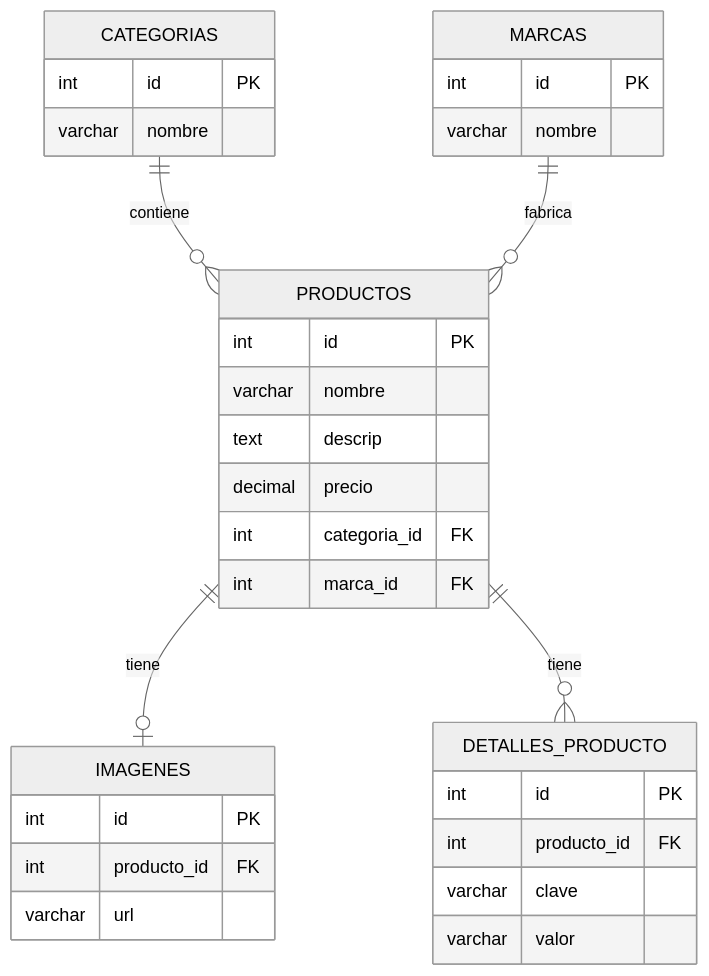
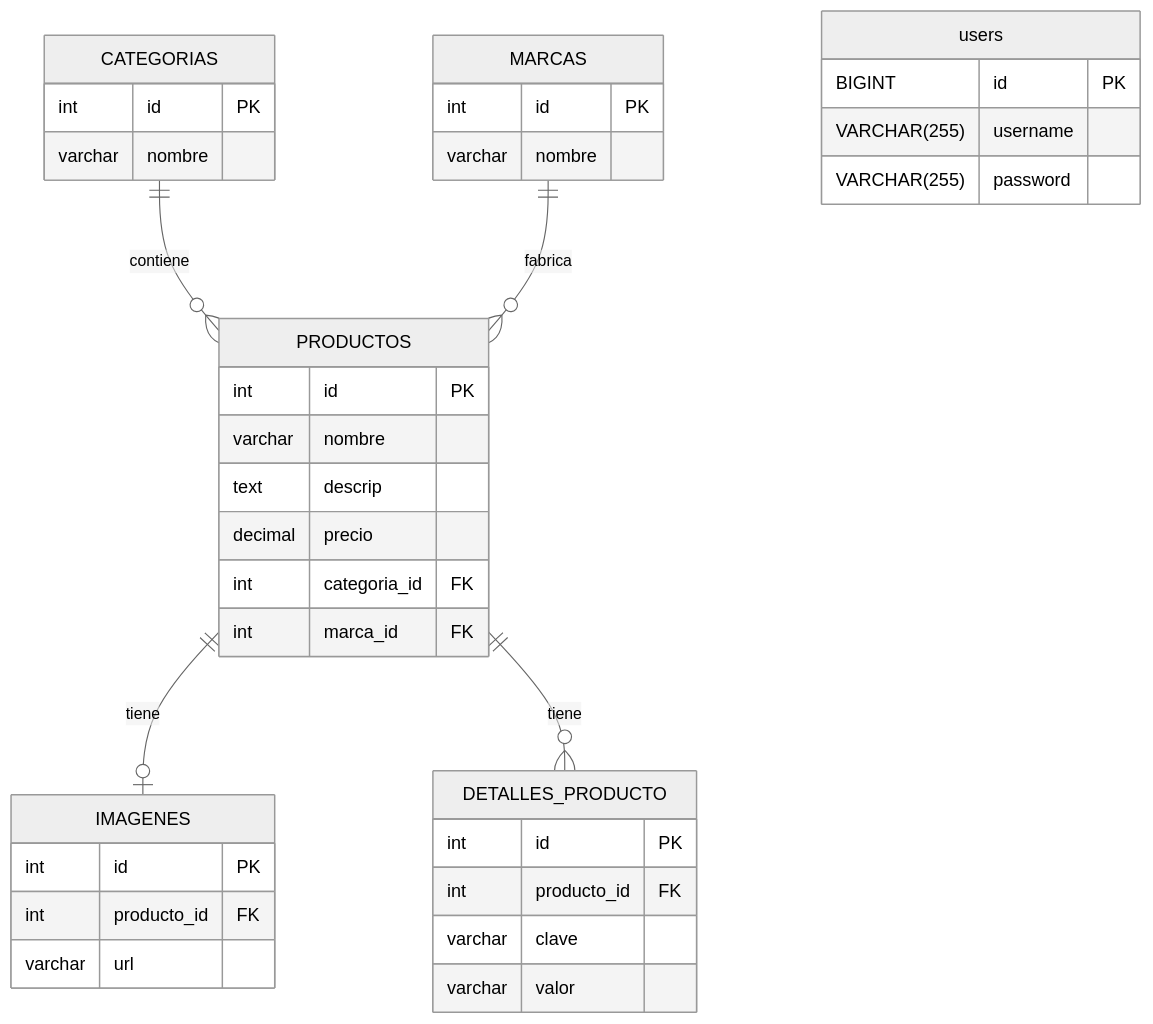
One commit to SCodify/profitstore-api changed the diagram in README.md. Above: the diagram before and after it, drawn with Mermaid (neutral theme). The commit also changed other lines of this file, not shown here.

````diff
--- a/README.md
+++ b/README.md
@@ -1,36 +1,41 @@
 ```mermaid
 erDiagram
     CATEGORIAS {
         int id PK
         varchar nombre
     }
     MARCAS {
         int id PK
         varchar nombre
     }
     PRODUCTOS {
         int id PK
         varchar nombre
         text descrip
         decimal precio
         int categoria_id FK
         int marca_id FK
     }
     IMAGENES {
         int id PK
         int producto_id FK
         varchar url
     }
     DETALLES_PRODUCTO {
         int id PK
         int producto_id FK
         varchar clave
         varchar valor
     }
 
+    users {
+        BIGINT id PK
+        VARCHAR(255) username
+        VARCHAR(255) password
+    }
+
     CATEGORIAS ||--o{ PRODUCTOS: contiene
     MARCAS ||--o{ PRODUCTOS: fabrica
     PRODUCTOS ||--o| IMAGENES: tiene
     PRODUCTOS ||--o{ DETALLES_PRODUCTO: tiene
-
 ```
````
